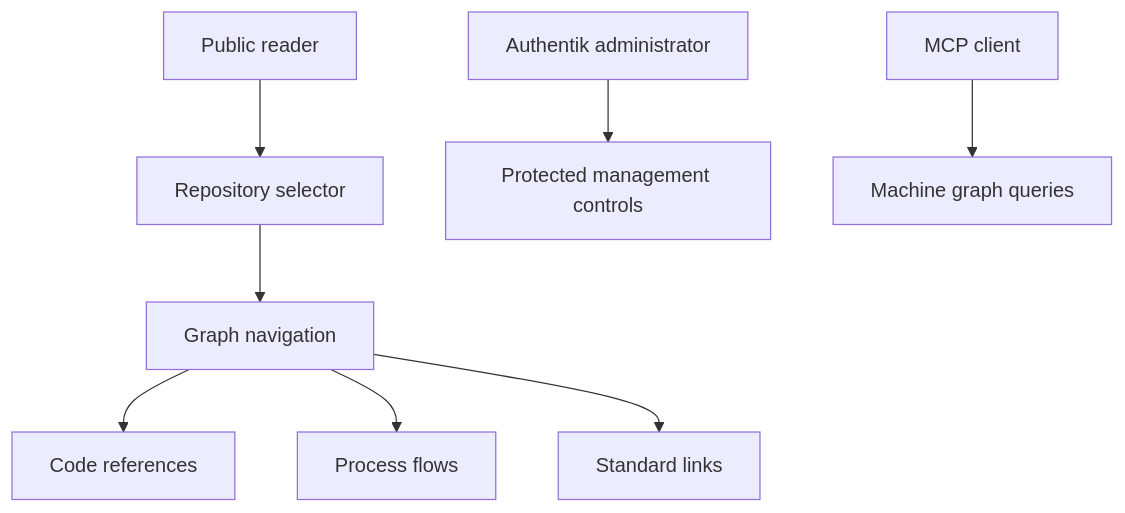
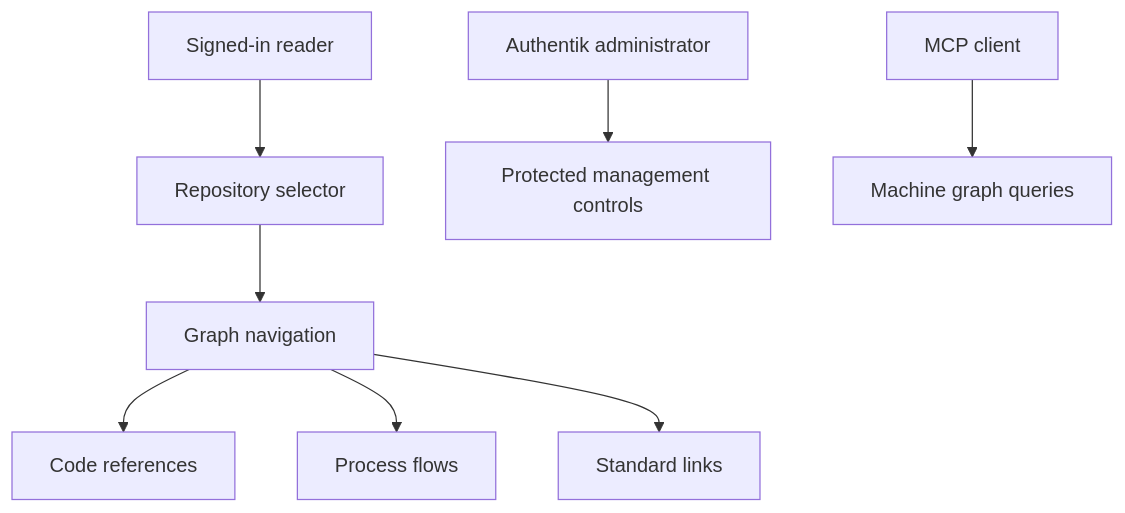
Before and after one commit to Cyber-Nomad-Collective/beskid: the diagram in site/website/src/content/docs/docs/platform/nexus.md, drawn with Mermaid. The commit also changed other lines of this file and 14 other files, not shown here.

````diff
--- a/site/website/src/content/docs/docs/platform/nexus.md
+++ b/site/website/src/content/docs/docs/platform/nexus.md
@@ -36,12 +37,12 @@
 ```mermaid
 flowchart TD
   accTitle: Nexus reader, administrator, and MCP boundary
-  accDescr: Public readers navigate graphs. Authentik administrators manage protected controls. MCP clients make machine graph queries through a separate role.
-  R[Public reader] --> S[Repository selector]
+  accDescr: Signed-in readers navigate graphs. Authentik administrators manage protected controls. MCP clients make machine graph queries through a separate role.
+  R[Signed-in reader] --> S[Repository selector]
   S --> G[Graph navigation]
   G --> C[Code references]
   G --> P[Process flows]
   G --> L[Standard links]
   A[Authentik administrator] --> M[Protected management controls]
   X[MCP client] --> Q[Machine graph queries]
 ```
````
